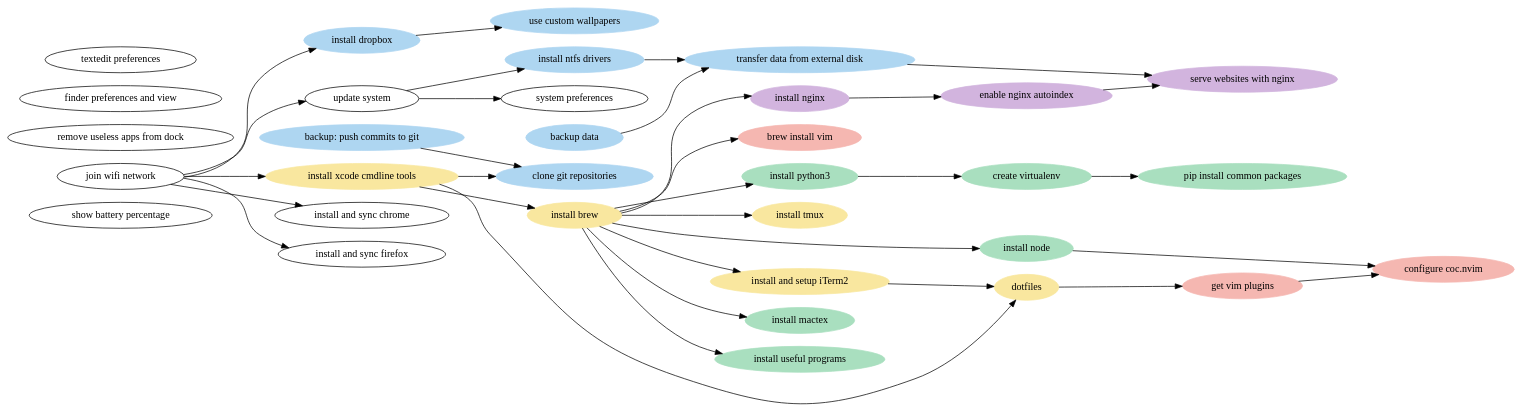
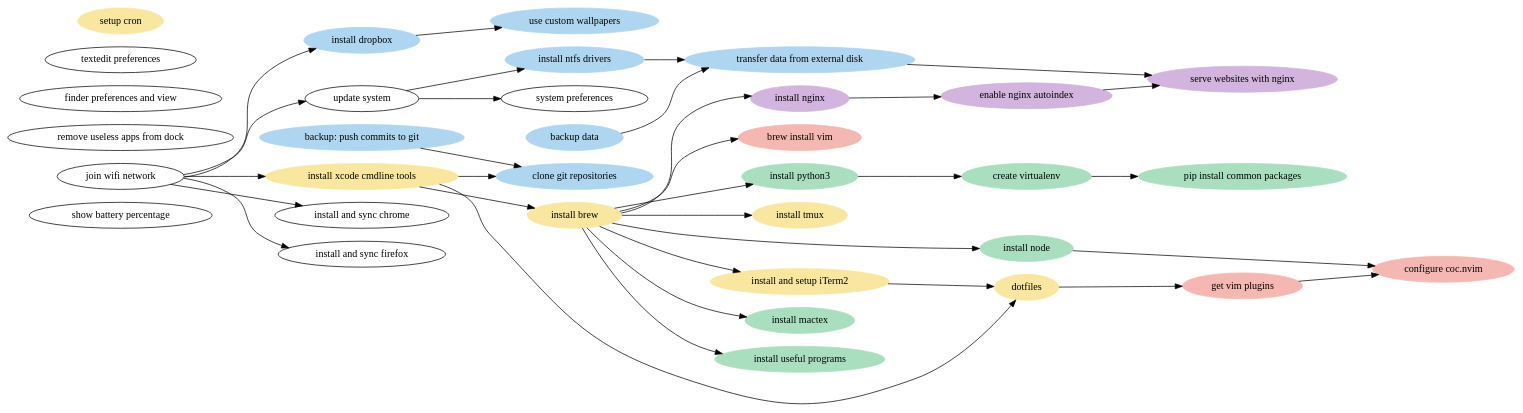
One commit to sharmaeklavya2/blog-source changed the diagram in content/img/macos-customize-graph.dot. Above: the diagram before and after it, drawn with Graphviz. The commit also changed 1 other file, not shown here.

Commit message:
customize-macos: cron

```diff
--- a/content/img/macos-customize-graph.dot
+++ b/content/img/macos-customize-graph.dot
@@ -1,80 +1,81 @@
 digraph dep_graph {
     rankdir="LR"
 
     "show battery percentage"
     "join wifi network"
     "update system"
         "join wifi network" -> "update system"
     "remove useless apps from dock"
     "system preferences"
         "update system" -> "system preferences"
     "finder preferences and view"
     "textedit preferences"
     "install and sync chrome"
         "join wifi network" -> "install and sync chrome"
     "install and sync firefox"
         "join wifi network" -> "install and sync firefox"
 
     node [style = "filled"]
 
     node [color = "#F9E79F"]
     "install xcode cmdline tools"
         "join wifi network" -> "install xcode cmdline tools"
     "install brew"
         "install xcode cmdline tools" -> "install brew"
     "install tmux"
         "install brew" -> "install tmux"
     "install and setup iTerm2"
         "install brew" -> "install and setup iTerm2"
     "dotfiles"
         "install and setup iTerm2" -> "dotfiles"
         "install xcode cmdline tools" -> "dotfiles"
+    "setup cron"
 
     node [color = "#A9DFBF"]
     "install mactex"
         "install brew" -> "install mactex"
     "install useful programs"
         "install brew" -> "install useful programs"
     "install python3"
         "install brew" -> "install python3"
     "install node"
         "install brew" -> "install node"
     "create virtualenv"
         "install python3" -> "create virtualenv"
     "pip install common packages"
         "create virtualenv" -> "pip install common packages"
 
     node [color = "#AED6F1"]
     "backup data"
     "backup: push commits to git"
     "clone git repositories"
         "install xcode cmdline tools" -> "clone git repositories"
         "backup: push commits to git" -> "clone git repositories"
     "install ntfs drivers"
         "update system" -> "install ntfs drivers"
     "transfer data from external disk"
         "backup data" -> "transfer data from external disk"
         "install ntfs drivers" -> "transfer data from external disk"
     "install dropbox"
         "join wifi network" -> "install dropbox"
     "use custom wallpapers"
         "install dropbox" -> "use custom wallpapers"
 
     node [color = "#D2B4DE"]
     "install nginx"
         "install brew" -> "install nginx"
     "enable nginx autoindex"
         "install nginx" -> "enable nginx autoindex"
     "serve websites with nginx"
         "enable nginx autoindex" -> "serve websites with nginx"
         "transfer data from external disk" -> "serve websites with nginx"
 
     node [color = "#F5B7B1"];
     "brew install vim"
         "install brew" -> "brew install vim"
     "get vim plugins"
         "dotfiles" -> "get vim plugins"
     "configure coc.nvim"
         "install node" -> "configure coc.nvim"
         "get vim plugins" -> "configure coc.nvim"
 }
```
